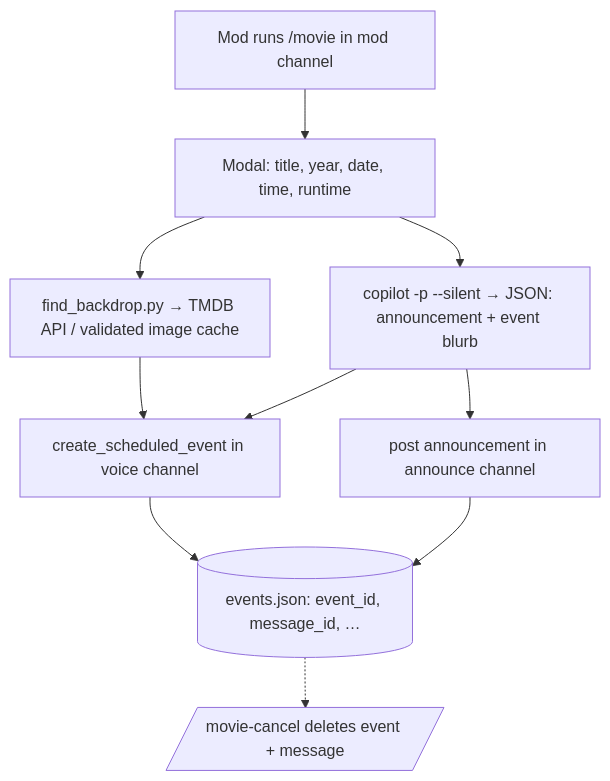
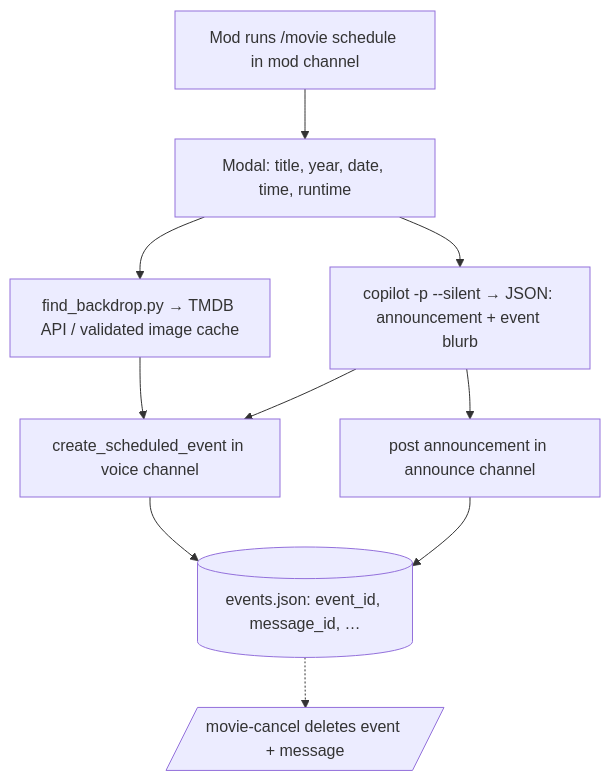
The first of 2 diagrams in README.md (M1XZG/movie-night-bot), drawn with Mermaid before and after one commit. The commit also changed other lines of this file and 5 other files, not shown here.

````diff
--- a/README.md
+++ b/README.md
@@ -57,12 +66,12 @@
 ```mermaid
 flowchart TD
-    A[Mod runs /movie in mod channel] --> B[Modal: title, year, date, time, runtime]
+    A[Mod runs /movie schedule in mod channel] --> B[Modal: title, year, date, time, runtime]
     B --> C[find_backdrop.py → TMDB API / validated image cache]
     B --> D[copilot -p --silent → JSON: announcement + event blurb]
     C --> E[create_scheduled_event in voice channel]
     D --> E
     D --> F[post announcement in announce channel]
     E --> G[(events.json: event_id, message_id, …)]
     F --> G
     G -.-> H[/movie-cancel deletes event + message/]
 ```
````
